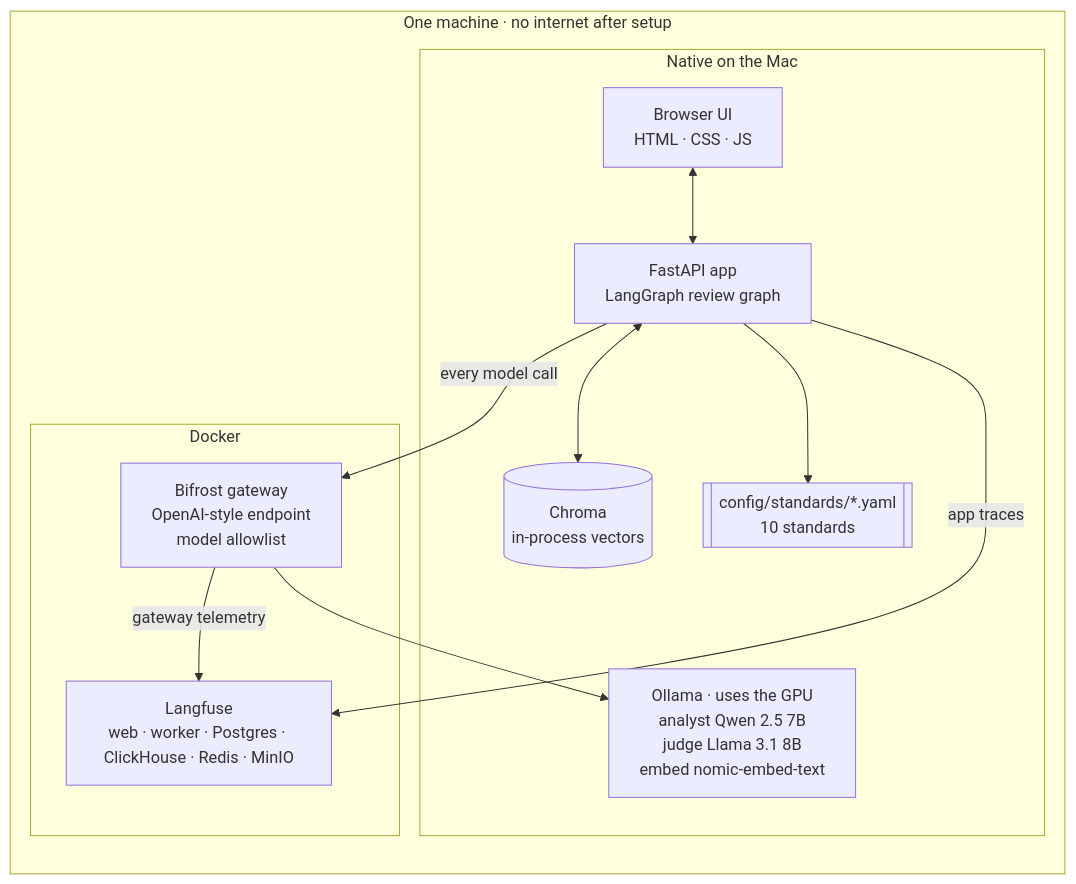
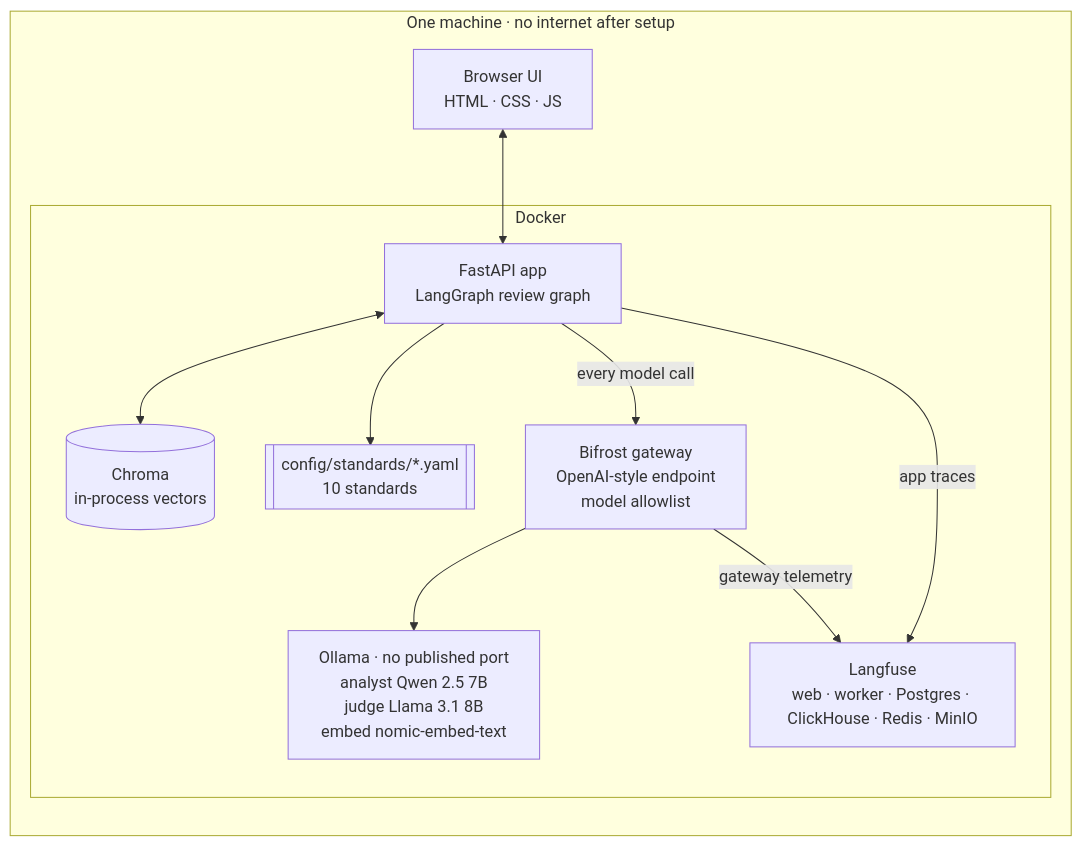
The first of 5 diagrams in docs/3_architecture.md (AnjaniMalhotra/legal-docs-review), drawn with Mermaid before and after one commit. The commit also changed other lines of this file and 23 other files, not shown here.

````diff
--- a/docs/3_architecture.md
+++ b/docs/3_architecture.md
@@ -25,23 +25,21 @@
 ```mermaid
 flowchart TB
     subgraph MAC[One machine · no internet after setup]
         direction TB
-        subgraph NATIVE[Native on the Mac]
-            UI[Browser UI<br/>HTML · CSS · JS]
+        UI[Browser UI<br/>HTML · CSS · JS]
+        subgraph DOCKER[Docker]
             APP[FastAPI app<br/>LangGraph review graph]
             CHROMA[(Chroma<br/>in-process vectors)]
             STD[[config/standards/*.yaml<br/>10 standards]]
-            OLL[Ollama · uses the GPU<br/>analyst Qwen 2.5 7B<br/>judge Llama 3.1 8B<br/>embed nomic-embed-text]
-        end
-        subgraph DOCKER[Docker]
+            OLL[Ollama · no published port<br/>analyst Qwen 2.5 7B<br/>judge Llama 3.1 8B<br/>embed nomic-embed-text]
             BIF[Bifrost gateway<br/>OpenAI-style endpoint<br/>model allowlist]
             LF[Langfuse<br/>web · worker · Postgres · ClickHouse · Redis · MinIO]
         end
         UI <--> APP
         APP <--> CHROMA
         APP --> STD
         APP -- every model call --> BIF --> OLL
         APP -- app traces --> LF
         BIF -- gateway telemetry --> LF
     end
 ```
````
